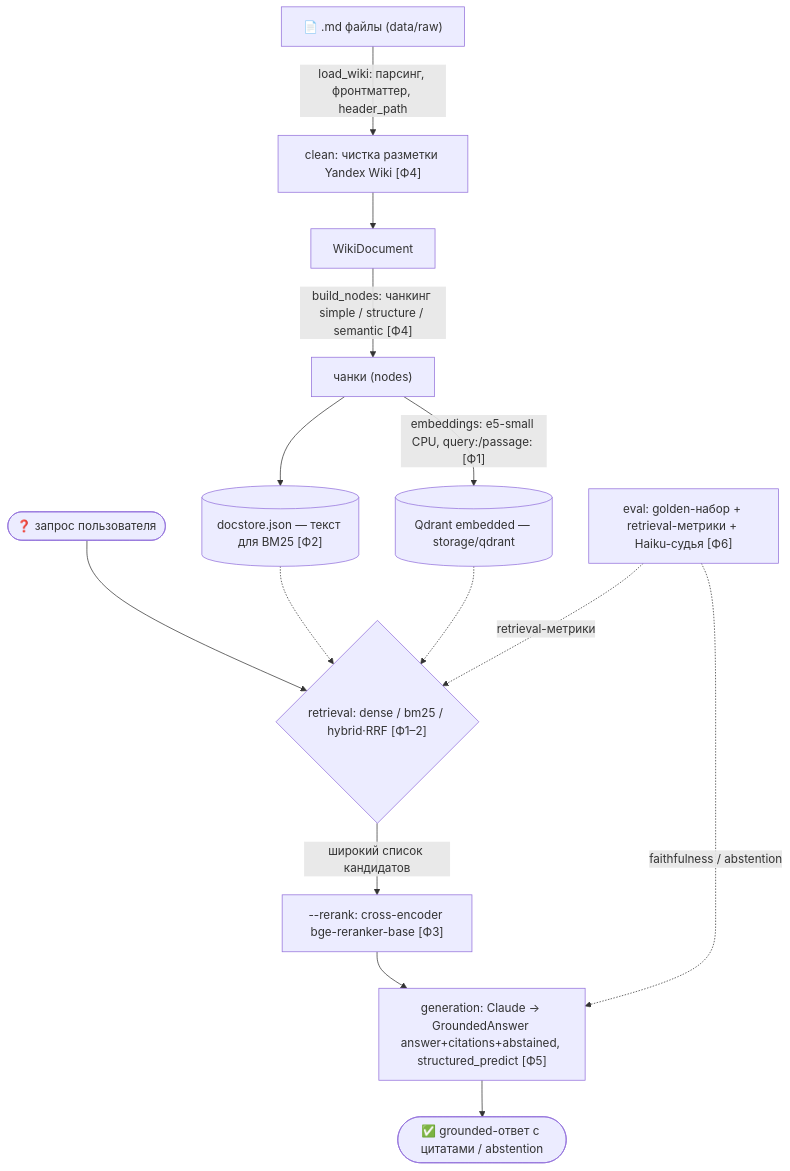
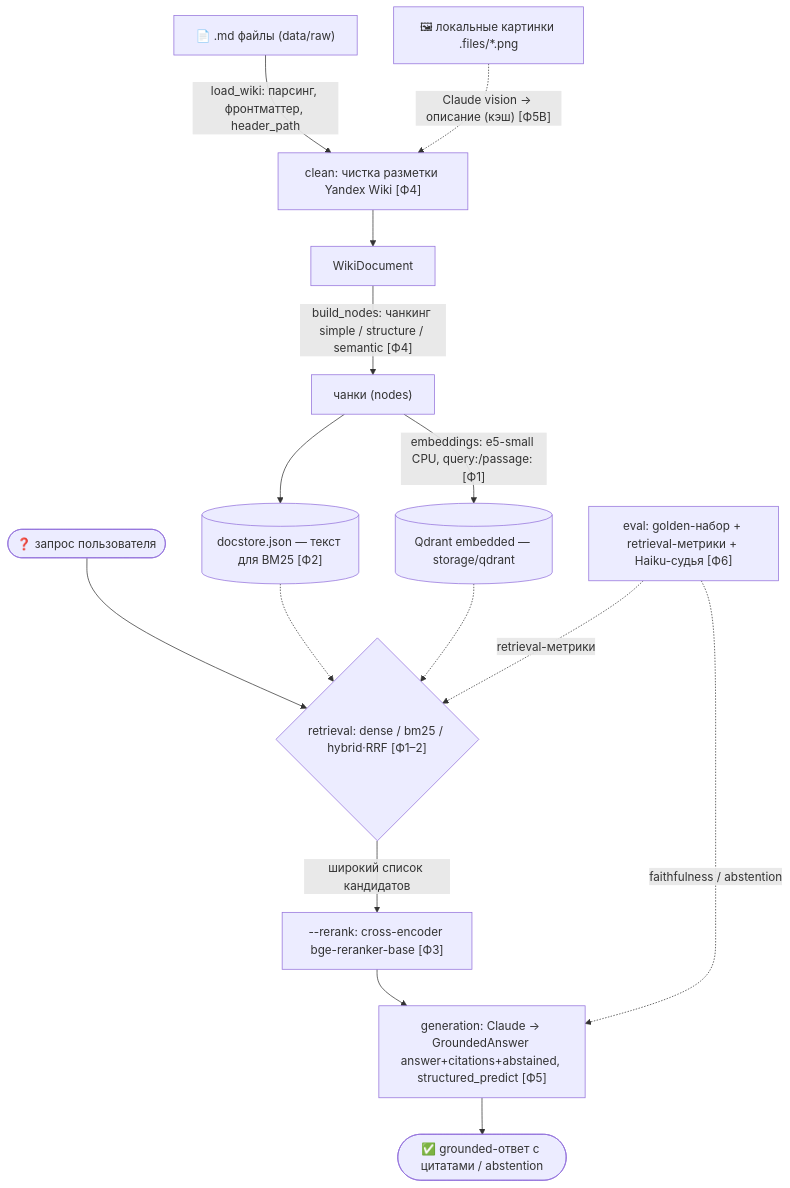
Before and after one commit to YuryHerasimau/rag-hybrid-search: the diagram in docs/how-it-works.md, drawn with Mermaid. The commit also changed other lines of this file and 1 other file, not shown here.

Commit message:
docs: Фаза 5B (мультимодальность) в карте проекта и дереве
README: Фаза 5 отмечена готовой (A+B), дерево ingest (clean.py, images.py).
how-it-works: картинки→vision→описание в mermaid-потоке + CLI --captions.

````diff
--- a/docs/how-it-works.md
+++ b/docs/how-it-works.md
@@ -9,21 +9,22 @@
 ```mermaid
 flowchart TD
     MD["📄 .md файлы (data/raw)"]
     MD -->|"load_wiki: парсинг, фронтматтер, header_path"| CLEAN["clean: чистка разметки Yandex Wiki #91;Ф4#93;"]
+    IMG["🖼 локальные картинки .files/*.png"] -.->|"Claude vision → описание (кэш) #91;Ф5B#93;"| CLEAN
     CLEAN --> DOC["WikiDocument"]
     DOC -->|"build_nodes: чанкинг simple / structure / semantic #91;Ф4#93;"| NODES["чанки (nodes)"]
     NODES --> DOCSTORE[("docstore.json — текст для BM25 #91;Ф2#93;")]
     NODES -->|"embeddings: e5-small CPU, query:/passage: #91;Ф1#93;"| QDRANT[("Qdrant embedded — storage/qdrant")]
 
     Q(["❓ запрос пользователя"]) --> RETR
     DOCSTORE -.-> RETR
     QDRANT -.-> RETR
     RETR{"retrieval: dense / bm25 / hybrid·RRF #91;Ф1–2#93;"}
     RETR -->|"широкий список кандидатов"| RERANK["--rerank: cross-encoder bge-reranker-base #91;Ф3#93;"]
     RERANK --> GEN["generation: Claude → GroundedAnswer answer+citations+abstained, structured_predict #91;Ф5#93;"]
     GEN --> ANS(["✅ grounded-ответ с цитатами / abstention"])
 
     EVAL["eval: golden-набор + retrieval-метрики + Haiku-судья #91;Ф6#93;"]
     EVAL -.retrieval-метрики.-> RETR
     EVAL -.faithfulness / abstention.-> GEN
 ```
````
